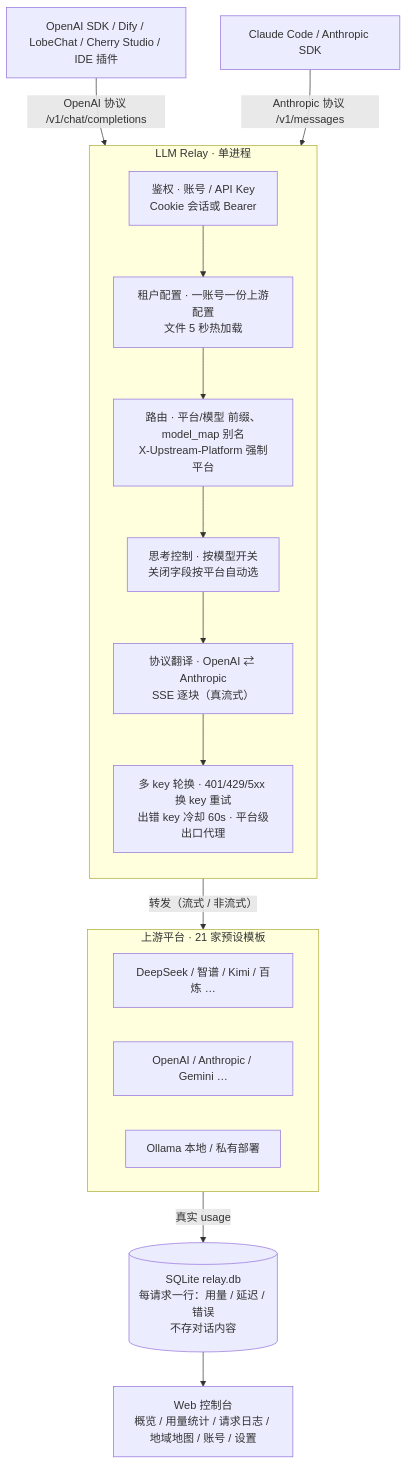
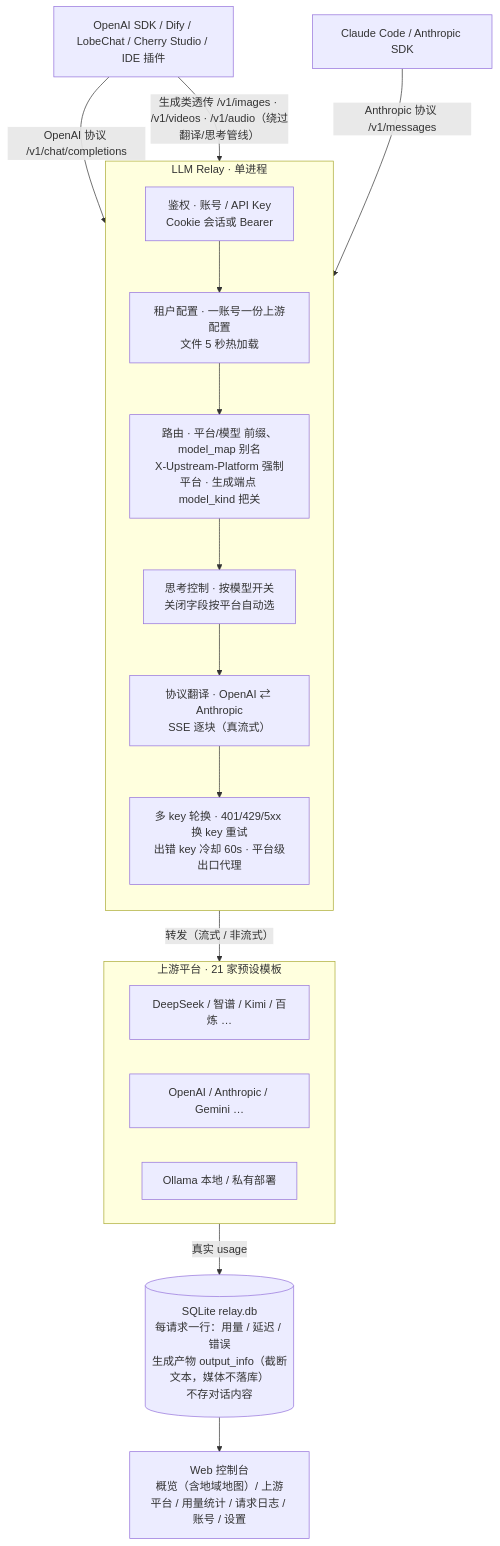
One commit to bigbirdxixi/llmrelay changed the diagram in README.md. Above: the diagram before and after it, drawn with Mermaid. The commit also changed other lines of this file and 2 other files, not shown here.

````diff
--- a/README.md
+++ b/README.md
@@ -47,32 +48,33 @@
 ```mermaid
 flowchart TB
   c1[OpenAI SDK / Dify / LobeChat / Cherry Studio / IDE 插件]
   c2[Claude Code / Anthropic SDK]
 
   subgraph Relay[LLM Relay · 单进程]
     direction TB
     auth[鉴权 · 账号 / API Key<br/>Cookie 会话或 Bearer]
     tenant[租户配置 · 一账号一份上游配置<br/>文件 5 秒热加载]
-    route[路由 · 平台/模型 前缀、model_map 别名<br/>X-Upstream-Platform 强制平台]
+    route[路由 · 平台/模型 前缀、model_map 别名<br/>X-Upstream-Platform 强制平台 · 生成端点 model_kind 把关]
     think[思考控制 · 按模型开关<br/>关闭字段按平台自动选]
     trans[协议翻译 · OpenAI ⇄ Anthropic<br/>SSE 逐块（真流式）]
     keys[多 key 轮换 · 401/429/5xx 换 key 重试<br/>出错 key 冷却 60s · 平台级出口代理]
     auth --> tenant --> route --> think --> trans --> keys
   end
 
   subgraph Up[上游平台 · 21 家预设模板]
     direction LR
     u1[DeepSeek / 智谱 / Kimi / 百炼 …]
     u2[OpenAI / Anthropic / Gemini …]
     u3[Ollama 本地 / 私有部署]
   end
 
-  store[(SQLite relay.db<br/>每请求一行：用量 / 延迟 / 错误<br/>不存对话内容)]
-  web[Web 控制台<br/>概览 / 用量统计 / 请求日志 / 地域地图 / 账号 / 设置]
+  store[(SQLite relay.db<br/>每请求一行：用量 / 延迟 / 错误<br/>生成产物 output_info（截断文本，媒体不落库）<br/>不存对话内容)]
+  web[Web 控制台<br/>概览（含地域地图）/ 上游平台 / 用量统计 / 请求日志 / 账号 / 设置]
 
   c1 -- OpenAI 协议 /v1/chat/completions --> auth
   c2 -- Anthropic 协议 /v1/messages --> auth
+  c1 -- "生成类透传 /v1/images · /v1/videos · /v1/audio（绕过翻译/思考管线）" --> auth
   keys -- 转发（流式 / 非流式） --> Up
   Up -- 真实 usage --> store
   store --> web
 ```
````
